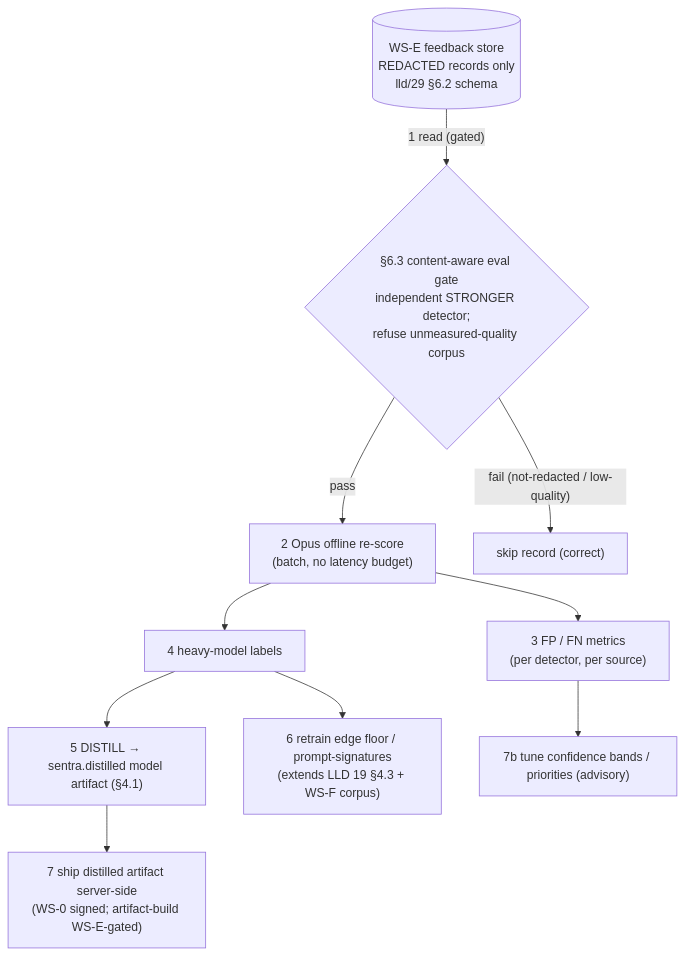
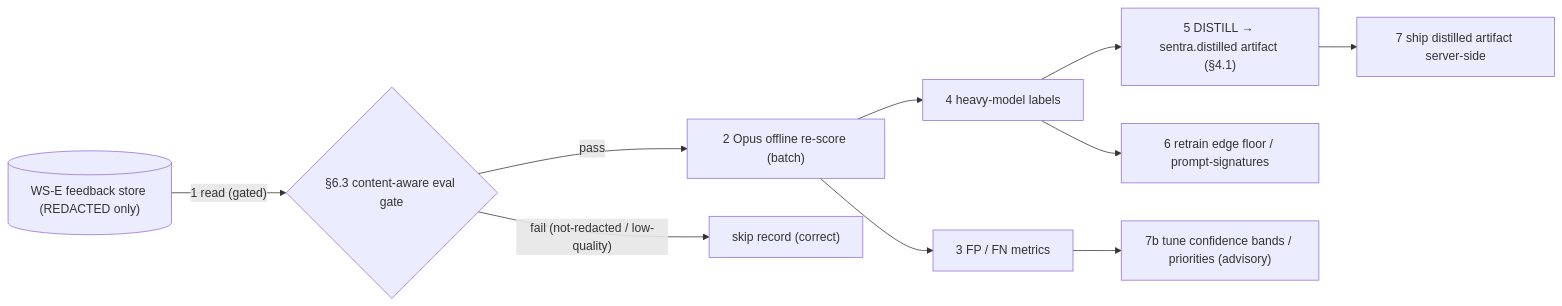
One commit to shashank31mar/Sentra changed the fourth of 4 diagrams in lld/32-detection-depth.md. Above: the diagram before and after it, drawn with Mermaid. The commit also changed other lines of this file and 1 other file, not shown here.

Commit message:
ws-l: lld/32 readability restructure — fix §4.3+§8 diagram pagination (TD→LR, blank-page gone), add FAQ section (8 Q&A) + Appendices A-G (LATER-wave layer designs), trim core defensive repetition; nothing deleted, gate clean 33pp

````diff
--- a/lld/32-detection-depth.md
+++ b/lld/32-detection-depth.md
@@ -432,12 +398,12 @@
 ```mermaid
-flowchart TD
-  FS[("WS-E feedback store<br/>REDACTED records only<br/>lld/29 §6.2 schema")] -->|"1 read (gated)"| GATE{"§6.3 content-aware eval gate<br/>independent STRONGER detector;<br/>refuse unmeasured-quality corpus"}
-  GATE -->|"pass"| OPUS["2 Opus offline re-score<br/>(batch, no latency budget)"]
+flowchart LR
+  FS[("WS-E feedback store (REDACTED only)")] -->|"1 read (gated)"| GATE{"§6.3 content-aware eval gate"}
+  GATE -->|"pass"| OPUS["2 Opus offline re-score (batch)"]
   GATE -->|"fail (not-redacted / low-quality)"| SKIP["skip record (correct)"]
-  OPUS --> METRICS["3 FP / FN metrics<br/>(per detector, per source)"]
+  OPUS --> METRICS["3 FP / FN metrics"]
   OPUS --> LABELS["4 heavy-model labels"]
-  LABELS --> DISTILL["5 DISTILL → sentra.distilled model artifact (§4.1)"]
-  LABELS --> RETRAIN["6 retrain edge floor / prompt-signatures<br/>(extends LLD 19 §4.3 + WS-F corpus)"]
-  DISTILL --> DEPLOY["7 ship distilled artifact server-side<br/>(WS-0 signed; artifact-build WS-E-gated)"]
+  LABELS --> DISTILL["5 DISTILL → sentra.distilled artifact (§4.1)"]
+  LABELS --> RETRAIN["6 retrain edge floor / prompt-signatures"]
+  DISTILL --> DEPLOY["7 ship distilled artifact server-side"]
   METRICS --> TUNE["7b tune confidence bands / priorities (advisory)"]
 ```
````
